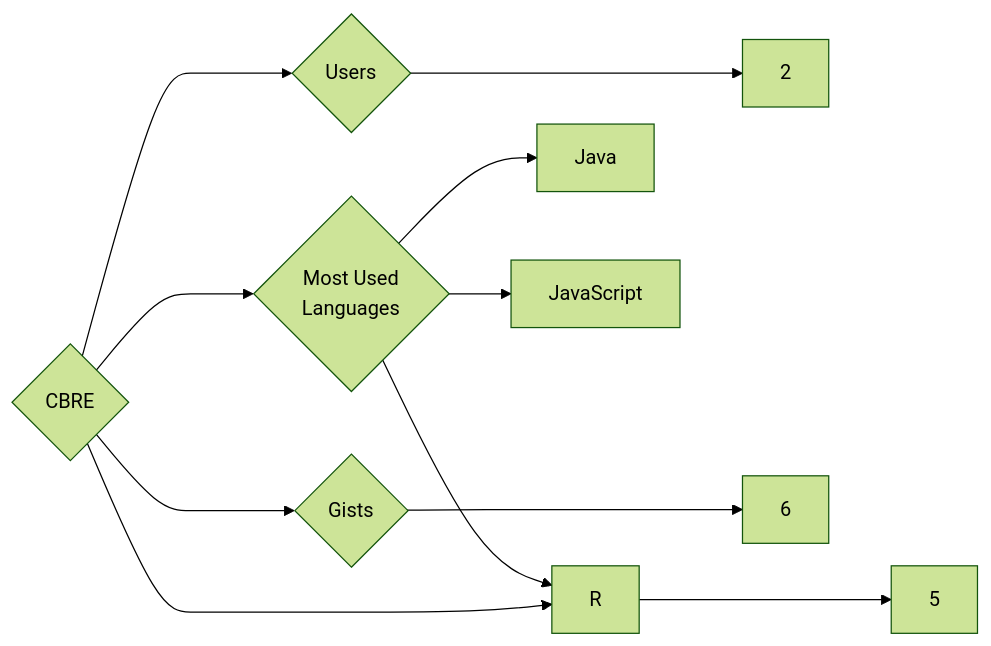
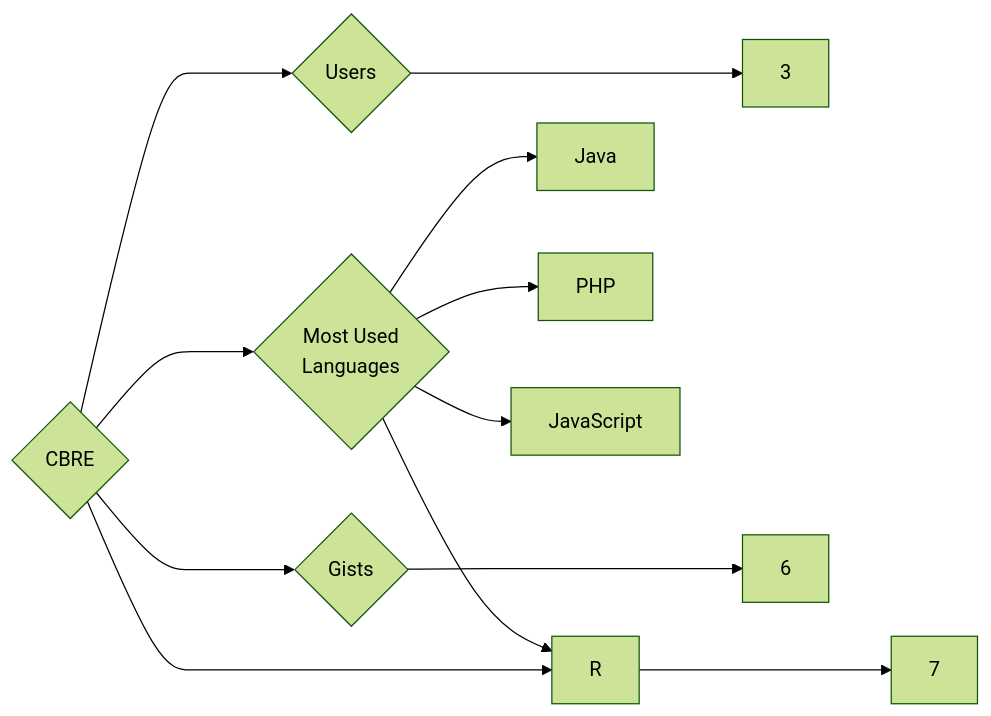
Before and after one commit to trickest/insiders: the diagram in targets/CBRE/README.md, drawn with Mermaid (forest theme). The commit also changed 1175 other files, not shown here.

````diff
--- a/targets/CBRE/README.md
+++ b/targets/CBRE/README.md
@@ -3,11 +3,12 @@
 ```mermaid
 graph LR
 COMPANY_NAME{CBRE}
-COMPANY_NAME ---> U{Users} ---> UN[2]
-COMPANY_NAME ---> R{Repositories} ---> RN[5]
+COMPANY_NAME ---> U{Users} ---> UN[3]
+COMPANY_NAME ---> R{Repositories} ---> RN[7]
 COMPANY_NAME ---> G{Gists} ---> GN[6]
 COMPANY_NAME ---> ML{Most Used<br>Languages}
 ML --> Java[Java]
 ML --> R[R]
+ML --> PHP[PHP]
 ML --> JavaScript[JavaScript]
 ```
````
